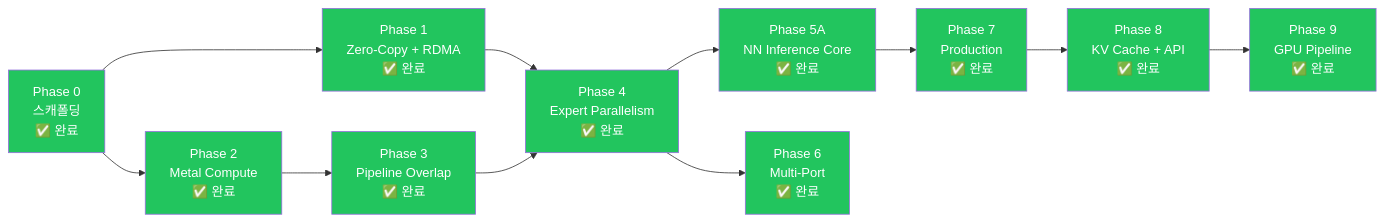
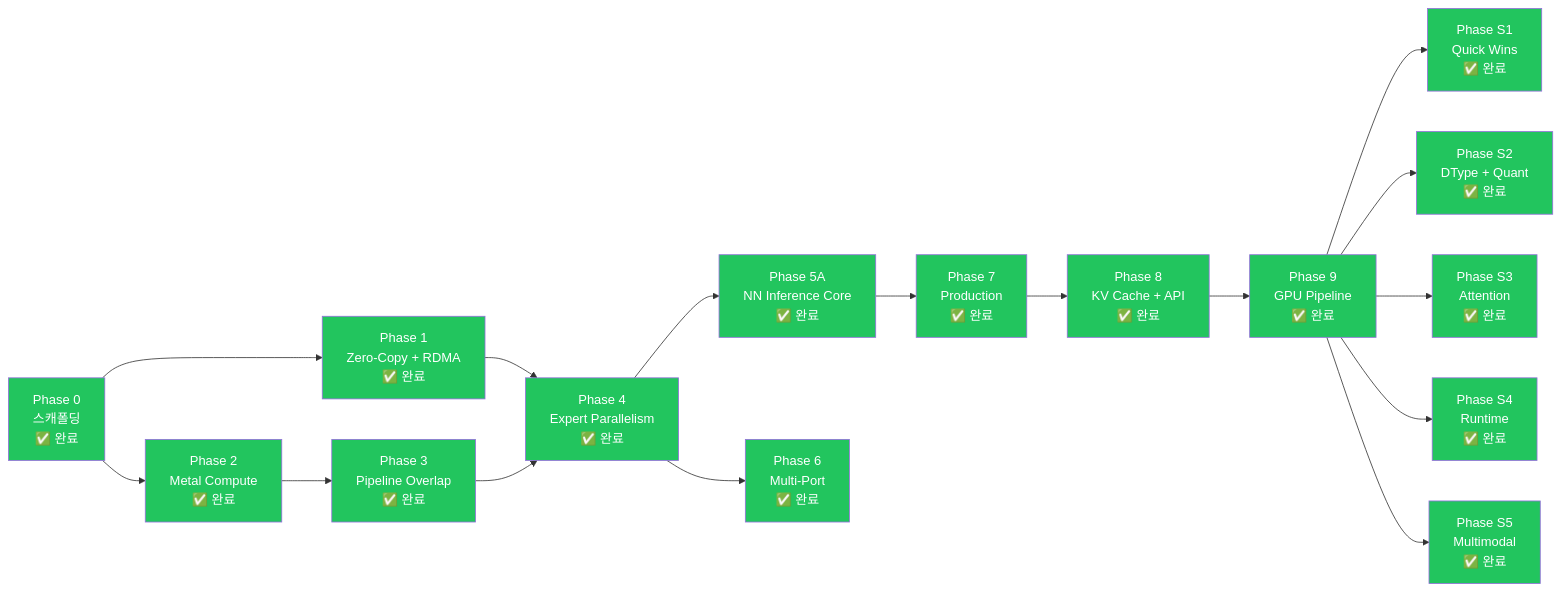
One commit to 0xDaizz/RMLX changed the diagram in docs/roadmap/phases_ko.md. Above: the diagram before and after it, drawn with Mermaid. The commit also changed other lines of this file and 30 other files, not shown here.

````diff
--- a/docs/roadmap/phases_ko.md
+++ b/docs/roadmap/phases_ko.md
@@ -53,35 +63,52 @@
 ```mermaid
 graph LR
     P0["Phase 0<br/>스캐폴딩<br/>✅ 완료"]
     P1["Phase 1<br/>Zero-Copy + RDMA<br/>✅ 완료"]
     P2["Phase 2<br/>Metal Compute<br/>✅ 완료"]
     P3["Phase 3<br/>Pipeline Overlap<br/>✅ 완료"]
     P4["Phase 4<br/>Expert Parallelism<br/>✅ 완료"]
     P5A["Phase 5A<br/>NN Inference Core<br/>✅ 완료"]
     P6["Phase 6<br/>Multi-Port<br/>✅ 완료"]
     P7["Phase 7<br/>Production<br/>✅ 완료"]
     P8["Phase 8<br/>KV Cache + API<br/>✅ 완료"]
     P9["Phase 9<br/>GPU Pipeline<br/>✅ 완료"]
 
     P0 --> P1
     P0 --> P2
     P2 --> P3
     P1 --> P4
     P3 --> P4
     P4 --> P5A
     P4 --> P6
     P5A --> P7
     P7 --> P8
     P8 --> P9
 
+    PS1["Phase S1<br/>Quick Wins<br/>✅ 완료"]
+    PS2["Phase S2<br/>DType + Quant<br/>✅ 완료"]
+    PS3["Phase S3<br/>Attention<br/>✅ 완료"]
+    PS4["Phase S4<br/>Runtime<br/>✅ 완료"]
+    PS5["Phase S5<br/>Multimodal<br/>✅ 완료"]
+
+    P9 --> PS1
+    P9 --> PS2
+    P9 --> PS3
+    P9 --> PS4
+    P9 --> PS5
+
     style P0 fill:#22c55e,color:#fff
     style P1 fill:#22c55e,color:#fff
     style P2 fill:#22c55e,color:#fff
     style P3 fill:#22c55e,color:#fff
     style P4 fill:#22c55e,color:#fff
     style P5A fill:#22c55e,color:#fff
     style P6 fill:#22c55e,color:#fff
     style P7 fill:#22c55e,color:#fff
     style P8 fill:#22c55e,color:#fff
     style P9 fill:#22c55e,color:#fff
+    style PS1 fill:#22c55e,color:#fff
+    style PS2 fill:#22c55e,color:#fff
+    style PS3 fill:#22c55e,color:#fff
+    style PS4 fill:#22c55e,color:#fff
+    style PS5 fill:#22c55e,color:#fff
 ```
````
